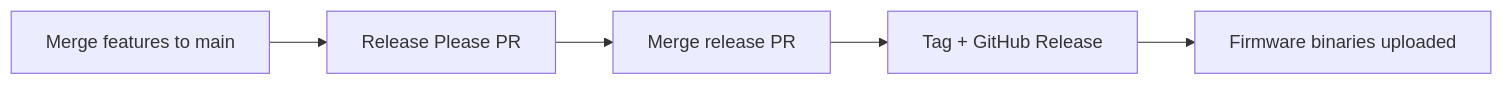
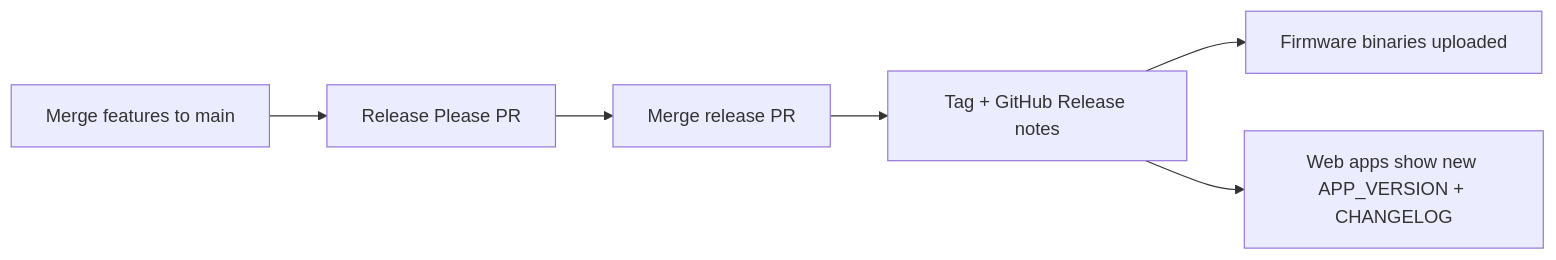
The diagram in docs/Release-Process.md (ttnleipzig/regenfass), drawn with Mermaid before and after one commit. The commit also changed other lines of this file and 21 other files, not shown here.

First line of the commit message:
feat(release): unify version and surface changelogs on marketing

````diff
--- a/docs/Release-Process.md
+++ b/docs/Release-Process.md
@@ -27,7 +37,8 @@
 ```mermaid
 flowchart LR
   A[Merge features to main] --> B[Release Please PR]
   B --> C[Merge release PR]
-  C --> D[Tag + GitHub Release]
+  C --> D[Tag + GitHub Release notes]
   D --> E[Firmware binaries uploaded]
+  D --> F[Web apps show new APP_VERSION + CHANGELOG]
 ```
````
